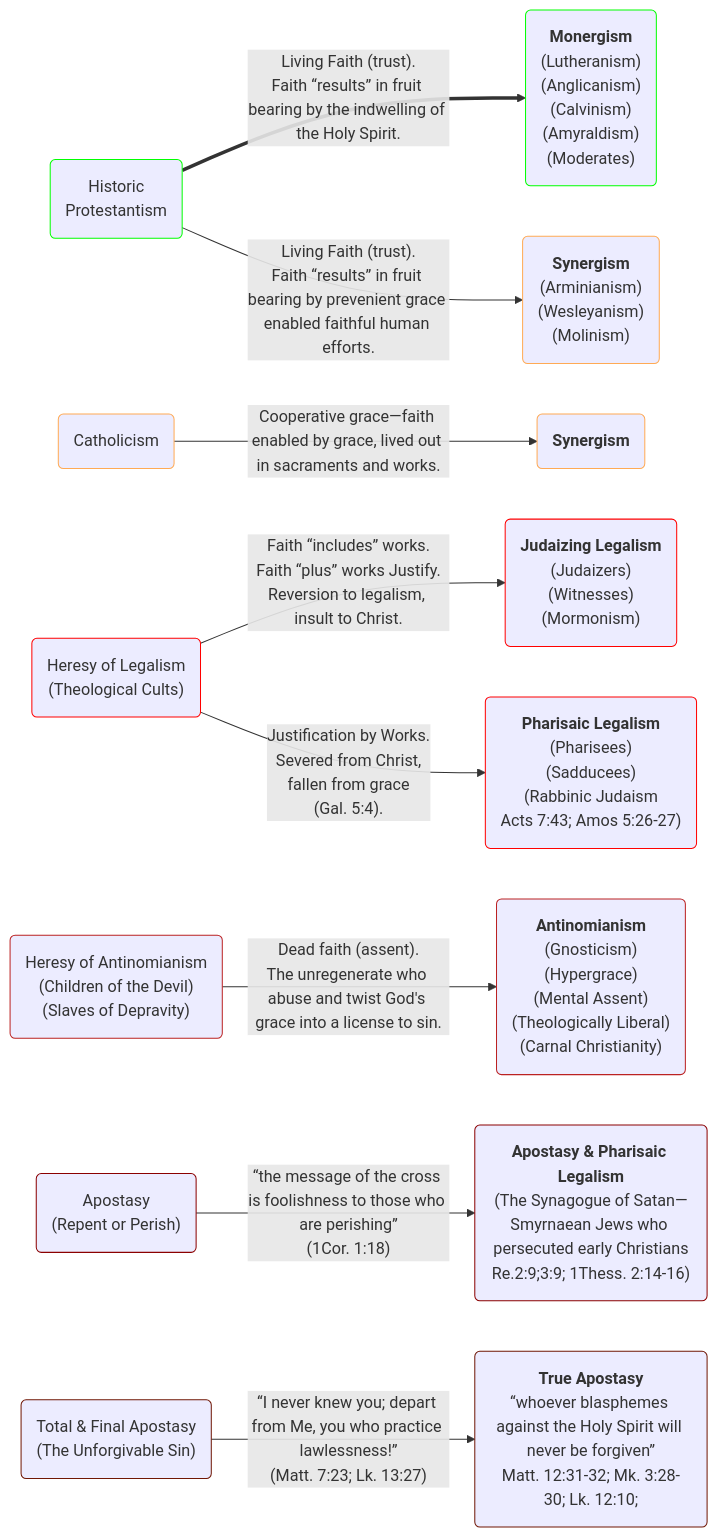
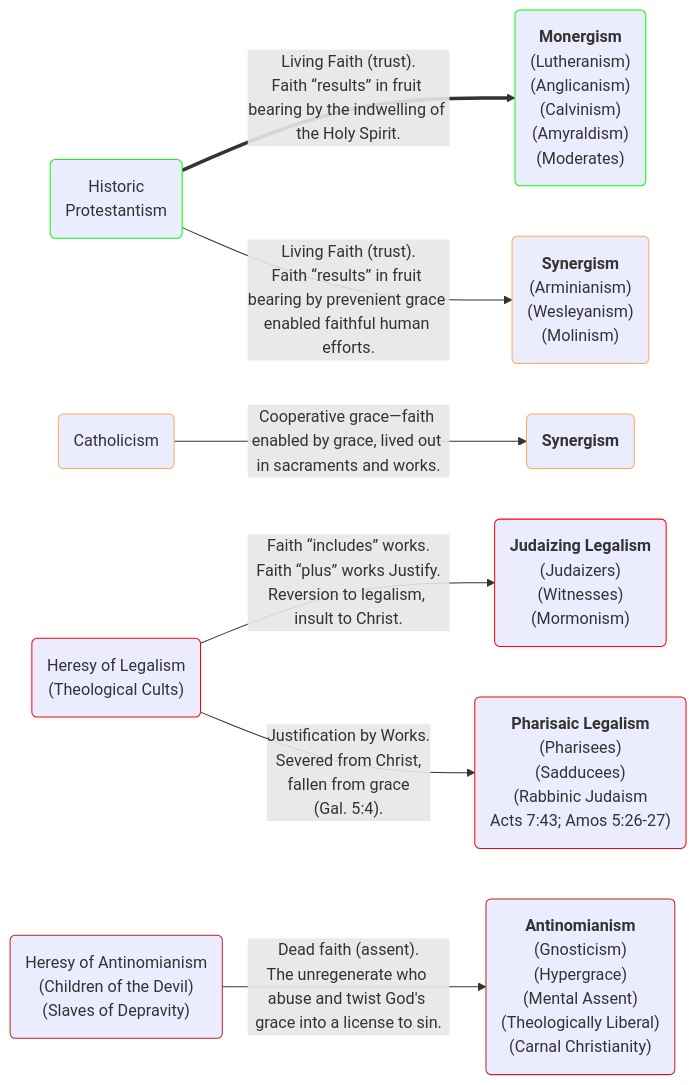
The first of 2 diagrams in _posts/2025-08-03-historic-protestant-position.markdown (OrdoLuminis/ordoluminis.github.io), drawn with Mermaid before and after one commit. The commit also changed other lines of this file, not shown here.

````diff
--- a/_posts/2025-08-03-historic-protestant-position.markdown
+++ b/_posts/2025-08-03-historic-protestant-position.markdown
@@ -55,24 +55,20 @@
 ```mermaid
 flowchart LR
     A(Historic<br>Protestantism):::green
     B(Catholicism):::orange
     C(Heresy of Legalism<br>&lpar;Theological Cults&rpar;):::red
     D(Heresy of Antinomianism<br>&lpar;Children of the Devil&rpar;<br>&lpar;Slaves of Depravity&rpar;):::firebrick
-    E(Apostasy<br>&lpar;Repent or Perish&rpar;):::darkred
-    F(Total & Final Apostasy<br>&lpar;The Unforgivable Sin&rpar;):::darkerred
     A ==>|Living Faith &lpar;trust&rpar;.<br>Faith &ldquo;results&rdquo; in fruit bearing by the indwelling of the Holy Spirit.| G(<strong>Monergism</strong><br>&lpar;Lutheranism&rpar;<br>&lpar;Anglicanism&rpar;<br>&lpar;Calvinism&rpar;<br>&lpar;Amyraldism&rpar;<br>&lpar;Moderates&rpar;):::green
     A -->|Living Faith &lpar;trust&rpar;.<br>Faith &ldquo;results&rdquo; in fruit bearing by prevenient grace enabled faithful human efforts.| H(<strong>Synergism</strong><br>&lpar;Arminianism&rpar;<br>&lpar;Wesleyanism&rpar;<br>&lpar;Molinism&rpar;):::orange
     B -->|Cooperative grace&mdash;faith enabled by grace, lived out in sacraments and works.| I(<strong>Synergism</strong>):::orange
     C -->|Faith &ldquo;includes&rdquo; works.<br>Faith &ldquo;plus&rdquo; works Justify.<br>Reversion to legalism, insult to Christ.| J(<strong>Judaizing Legalism</strong><br>&lpar;Judaizers&rpar;<br>&lpar;Witnesses&rpar;<br>&lpar;Mormonism&rpar;):::red
     C -->|Justification by Works.<br>Severed from Christ,<br>fallen from grace<br>&lpar;Gal. 5:4&rpar;.| K(<strong>Pharisaic Legalism</strong><br>&lpar;Pharisees&rpar;<br>&lpar;Sadducees&rpar;<br>&lpar;Rabbinic Judaism<br>Acts 7:43; Amos 5:26-27&rpar;):::red
     D -->|Dead faith &lpar;assent&rpar;.<br>The unregenerate who abuse and twist God's grace into a license to sin.| L(<strong>Antinomianism</strong><br>&lpar;Gnosticism&rpar;<br>&lpar;Hypergrace&rpar;<br>&lpar;Mental Assent&rpar;<br>&lpar;Theologically Liberal&rpar;<br>&lpar;Carnal Christianity&rpar;):::firebrick
-    E -->|&ldquo;the message of the cross is foolishness to those who are perishing&rdquo;<br>&lpar;1Cor. 1:18&rpar;| M(<strong>Apostasy & Pharisaic Legalism</strong><br>&lpar;The Synagogue of Satan—Smyrnaean Jews who persecuted early Christians<br>Re.2:9;3:9; 1Thess. 2:14-16&rpar;):::darkred
-    F -->|&ldquo;I never knew you; depart from Me, you who practice lawlessness!&rdquo;<br>&lpar;Matt. 7:23; Lk. 13:27&rpar;| N(<strong>True Apostasy</strong><br>&ldquo;whoever blasphemes against the Holy Spirit will never be forgiven&rdquo;<br>Matt. 12:31-32; Mk. 3:28-30; Lk. 12:10;):::darkerred
     classDef red stroke:#f00
     classDef green stroke:#0f0
     classDef lightgreen stroke:#Bf0
     classDef orange stroke:#fa5
     classDef firebrick stroke:#b22
     classDef darkred stroke:#8B0000
     classDef darkerred stroke:#701705
 ```
````
